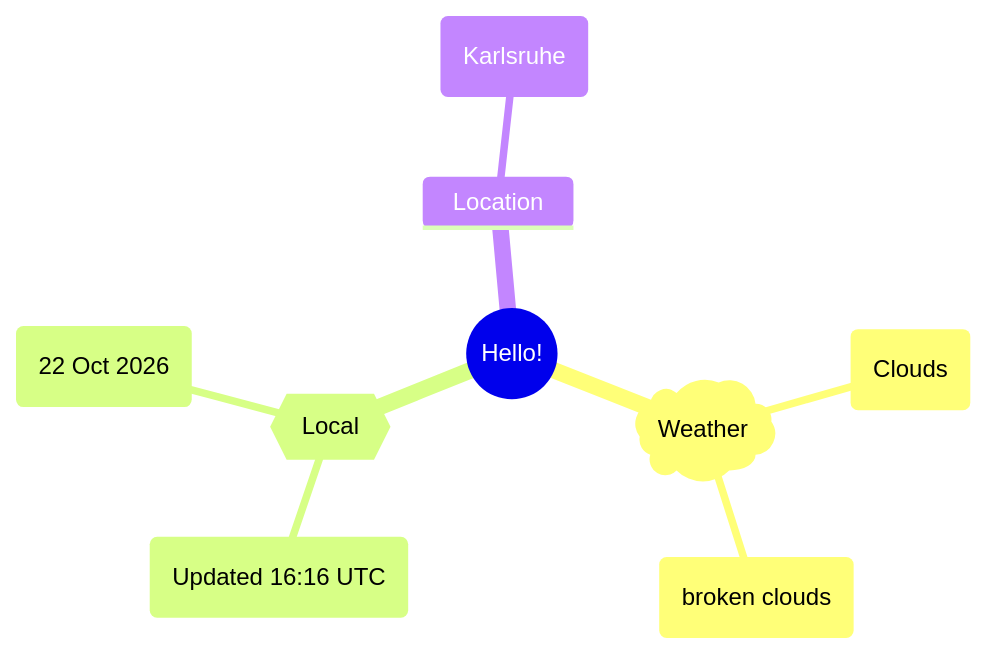
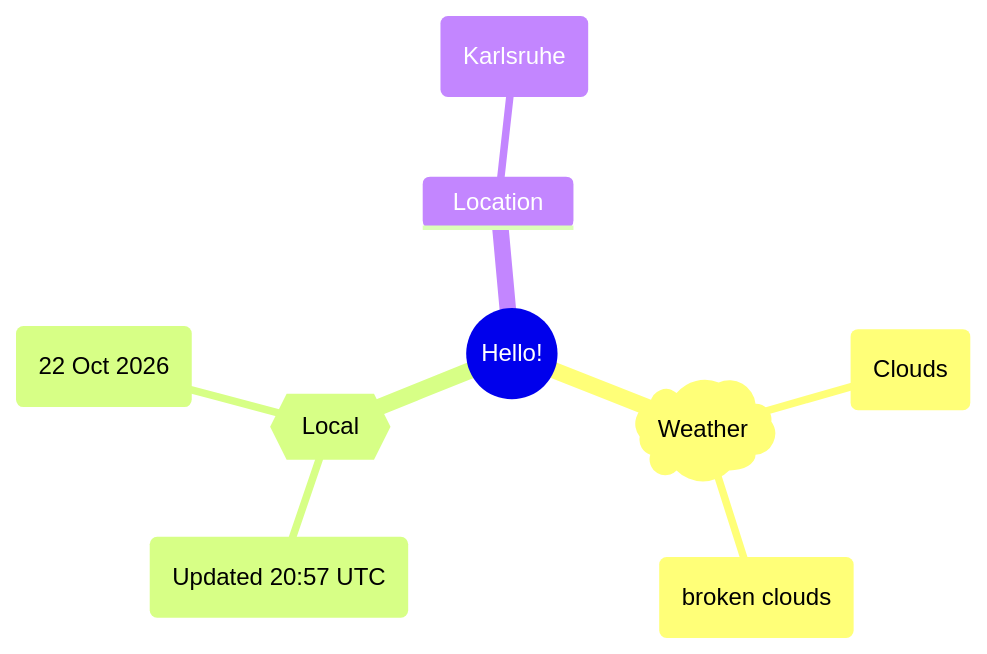
The first of 2 diagrams in README.md (Xosrov/Xosrov), drawn with Mermaid before and after one commit.

Commit message:
[bot] updated images

````diff
--- a/README.md
+++ b/README.md
@@ -3,12 +3,12 @@
 ```mermaid
 mindmap
   root((Hello!))
     )Weather(
         (Clouds)
         (broken clouds)
     {{Local}}
-        (Updated 16:16 UTC)
+        (Updated 20:57 UTC)
         (22 Oct 2026)
     Location
         (Karlsruhe)
 ```
````
